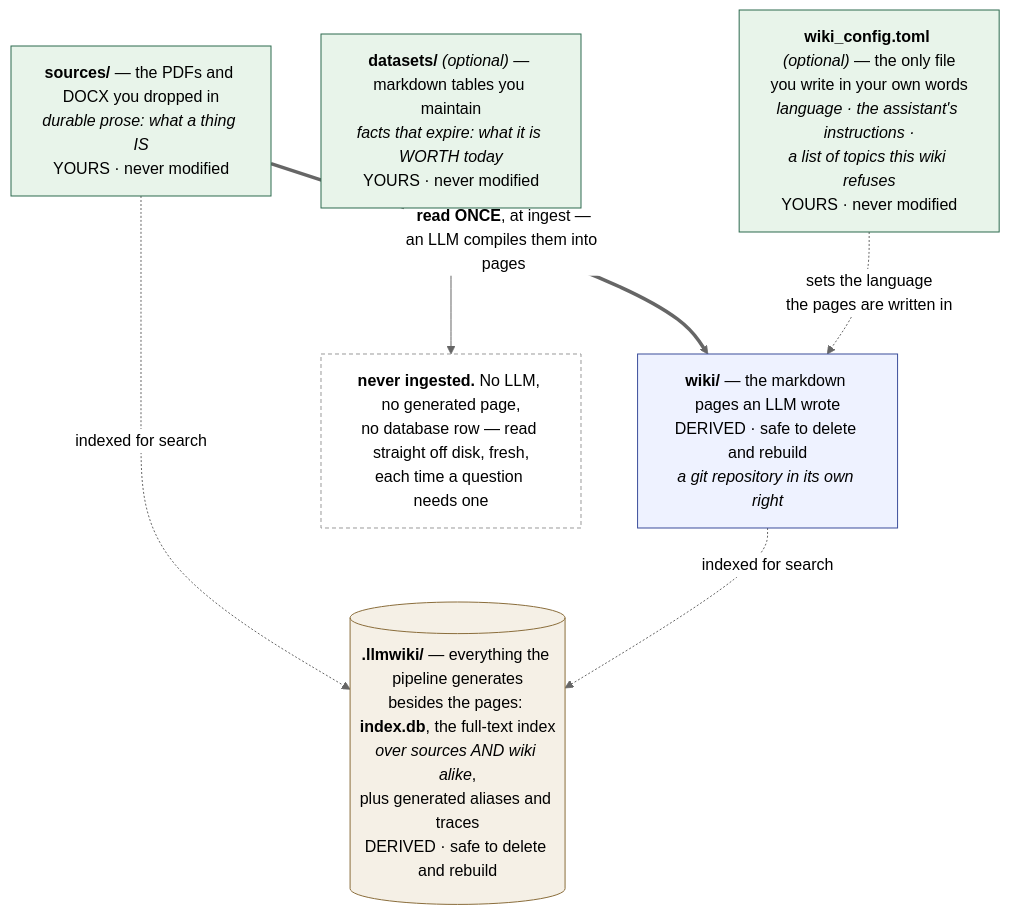
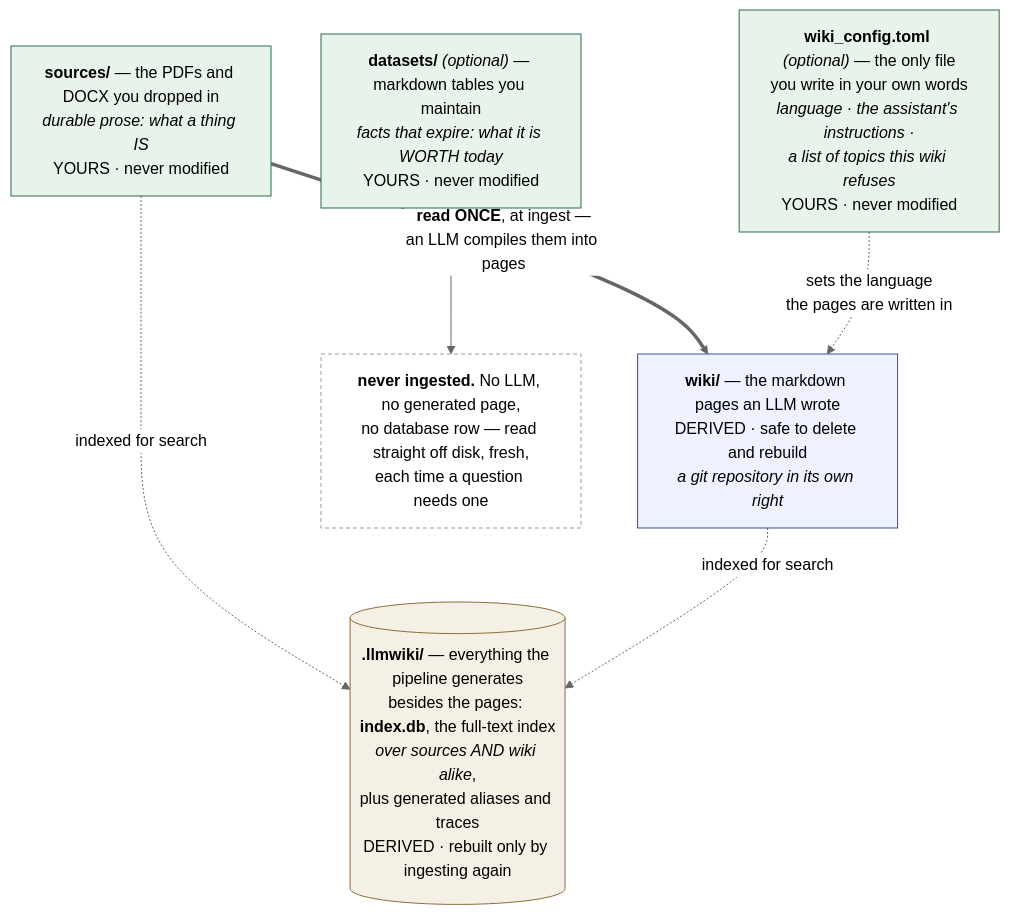
One commit to Clod/llmwiki-marimo changed the first of 5 diagrams in docs/ingestion_walkthrough.md. Above: the diagram before and after it, drawn with Mermaid (neutral theme). The commit also changed other lines of this file, not shown here.

First line of the commit message:
docs(ingestion): how the database is rebuilt, and what that costs

````diff
--- a/docs/ingestion_walkthrough.md
+++ b/docs/ingestion_walkthrough.md
@@ -98,22 +98,22 @@
 ```mermaid
 flowchart TD
     SRC["<b>sources/</b> — the PDFs and DOCX you dropped in<br/><i>durable prose: what a thing IS</i><br/>YOURS · never modified"]
     DS["<b>datasets/</b> <i>(optional)</i> — markdown tables you maintain<br/><i>facts that expire: what it is WORTH today</i><br/>YOURS · never modified"]
     CFG["<b>wiki_config.toml</b> <i>(optional)</i> — the only file<br/>you write in your own words<br/><i>language · the assistant's instructions ·<br/>a list of topics this wiki refuses</i><br/>YOURS · never modified"]
     WIKI["<b>wiki/</b> — the markdown pages an LLM wrote<br/>DERIVED · safe to delete and rebuild<br/><i>a git repository in its own right</i>"]
-    DB[("<b>.llmwiki/</b> — everything the pipeline generates<br/>besides the pages: <b>index.db</b>, the full-text index<br/><i>over sources AND wiki alike</i>,<br/>plus generated aliases and traces<br/>DERIVED · safe to delete and rebuild")]
+    DB[("<b>.llmwiki/</b> — everything the pipeline generates<br/>besides the pages: <b>index.db</b>, the full-text index<br/><i>over sources AND wiki alike</i>,<br/>plus generated aliases and traces<br/>DERIVED · rebuilt only by ingesting again")]
     NOTE["<b>never ingested.</b> No LLM, no generated page,<br/>no database row — read straight off disk, fresh,<br/>each time a question needs one"]
 
     SRC ==>|"<b>read ONCE</b>, at ingest —<br/>an LLM compiles them into pages"| WIKI
     SRC -.->|indexed for search| DB
     WIKI -.->|indexed for search| DB
     DS --> NOTE
     CFG -.->|"sets the language<br/>the pages are written in"| WIKI
 
     style SRC fill:#e8f4ea,stroke:#2d6a4f
     style DS fill:#e8f4ea,stroke:#2d6a4f
     style CFG fill:#e8f4ea,stroke:#2d6a4f
     style WIKI fill:#eef2ff,stroke:#3b4d9b
     style DB fill:#f5f0e6,stroke:#8a6d3b
     style NOTE fill:#fff,stroke:#999,stroke-dasharray: 4 3
 ```
````
